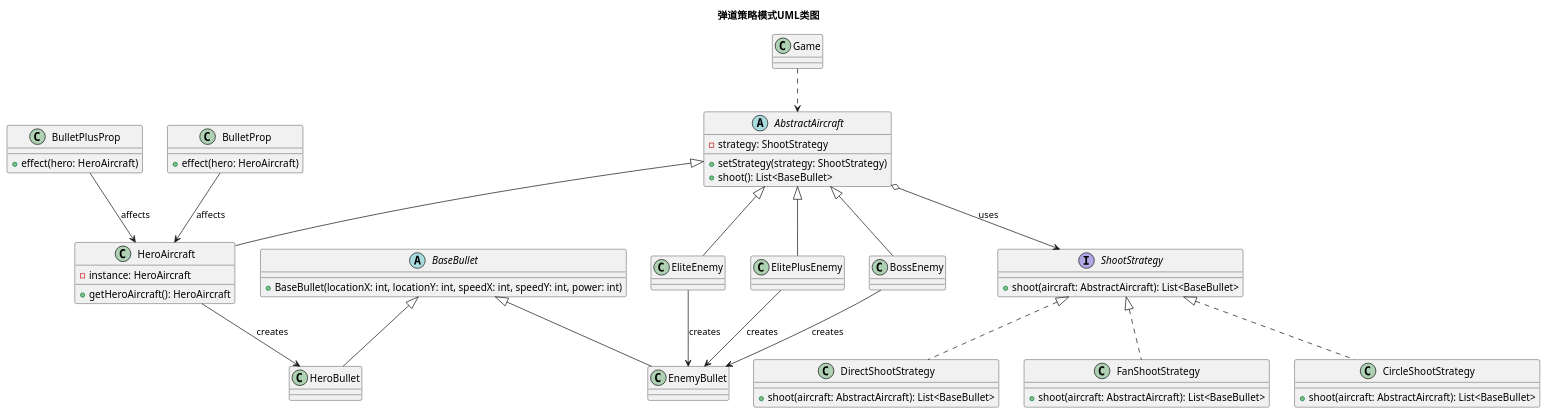
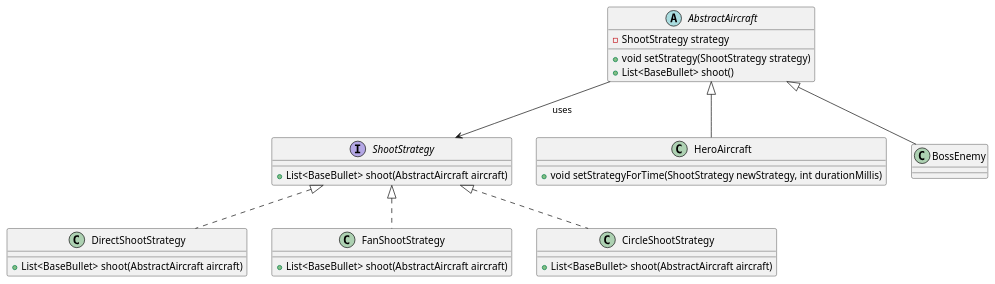
One commit to kuudere002/HITSZ-AircraftWar changed the diagram in uml/BulletStrategy.puml. Above: the diagram before and after it, drawn with PlantUML. The commit also changed 6 other files, not shown here.

```diff
--- a/uml/BulletStrategy.puml
+++ b/uml/BulletStrategy.puml
@@ -1,79 +1,25 @@
 @startuml
-title 弹道策略模式UML类图
+interface ShootStrategy {
+    + List<BaseBullet> shoot(AbstractAircraft aircraft)
+}
+class DirectShootStrategy implements ShootStrategy {
+    + List<BaseBullet> shoot(AbstractAircraft aircraft)
+}
+class FanShootStrategy implements ShootStrategy {
+    + List<BaseBullet> shoot(AbstractAircraft aircraft)
+}
+class CircleShootStrategy implements ShootStrategy {
+    + List<BaseBullet> shoot(AbstractAircraft aircraft)
+}
+abstract class AbstractAircraft {
+    - ShootStrategy strategy
+    + void setStrategy(ShootStrategy strategy)
+    + List<BaseBullet> shoot()
+}
+class HeroAircraft extends AbstractAircraft {
+    + void setStrategyForTime(ShootStrategy newStrategy, int durationMillis)
+}
+class BossEnemy extends AbstractAircraft
 
-' 策略接口
-interface ShootStrategy {
-  + shoot(aircraft: AbstractAircraft): List<BaseBullet>
-}
-
-' 具体策略实现类
-class DirectShootStrategy implements ShootStrategy {
-  + shoot(aircraft: AbstractAircraft): List<BaseBullet>
-}
-
-class FanShootStrategy implements ShootStrategy {
-  + shoot(aircraft: AbstractAircraft): List<BaseBullet>
-}
-
-class CircleShootStrategy implements ShootStrategy {
-  + shoot(aircraft: AbstractAircraft): List<BaseBullet>
-}
-
-' 抽象飞机类（策略使用者）
-abstract class AbstractAircraft {
-  - strategy: ShootStrategy
-  + setStrategy(strategy: ShootStrategy)
-  + shoot(): List<BaseBullet>
-}
-
-' 具体飞机类
-class HeroAircraft extends AbstractAircraft {
-  - instance: HeroAircraft
-  + getHeroAircraft(): HeroAircraft
-}
-
-class EliteEnemy extends AbstractAircraft {
-}
-
-class ElitePlusEnemy extends AbstractAircraft {
-}
-
-class BossEnemy extends AbstractAircraft {
-}
-
-' 子弹类
-abstract class BaseBullet {
-  + BaseBullet(locationX: int, locationY: int, speedX: int, speedY: int, power: int)
-}
-
-class HeroBullet extends BaseBullet {
-}
-
-class EnemyBullet extends BaseBullet {
-}
-
-' 道具类（影响策略）
-class BulletProp {
-  + effect(hero: HeroAircraft)
-}
-
-class BulletPlusProp {
-  + effect(hero: HeroAircraft)
-}
-
-class Game {
-}
-' 关系
-AbstractAircraft o--> ShootStrategy: uses
-
-Game ..> AbstractAircraft
-
-
-BulletProp --> HeroAircraft: affects
-BulletPlusProp --> HeroAircraft: affects
-HeroAircraft --> HeroBullet: creates
-EliteEnemy --> EnemyBullet: creates
-ElitePlusEnemy --> EnemyBullet: creates
-BossEnemy --> EnemyBullet: creates
-
+AbstractAircraft --> ShootStrategy : uses
 @enduml
```
